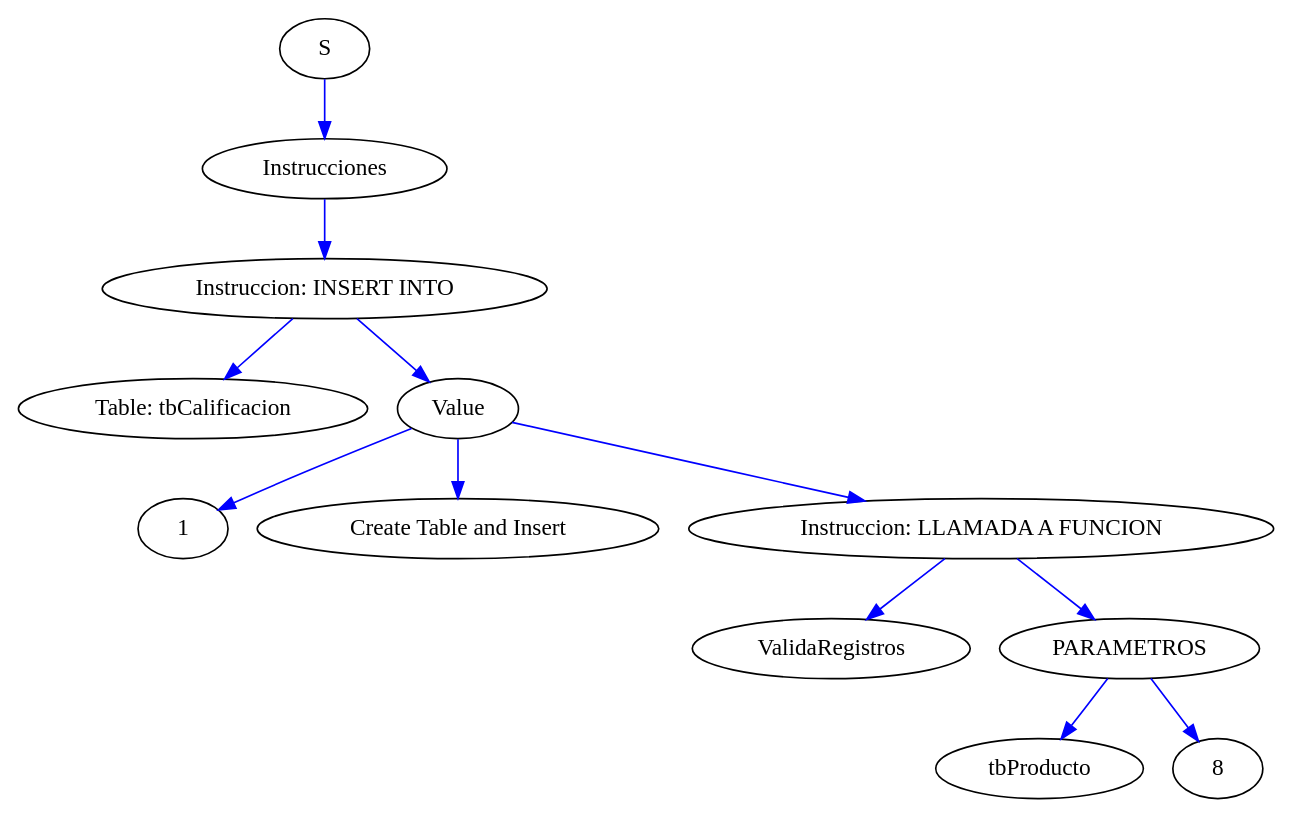
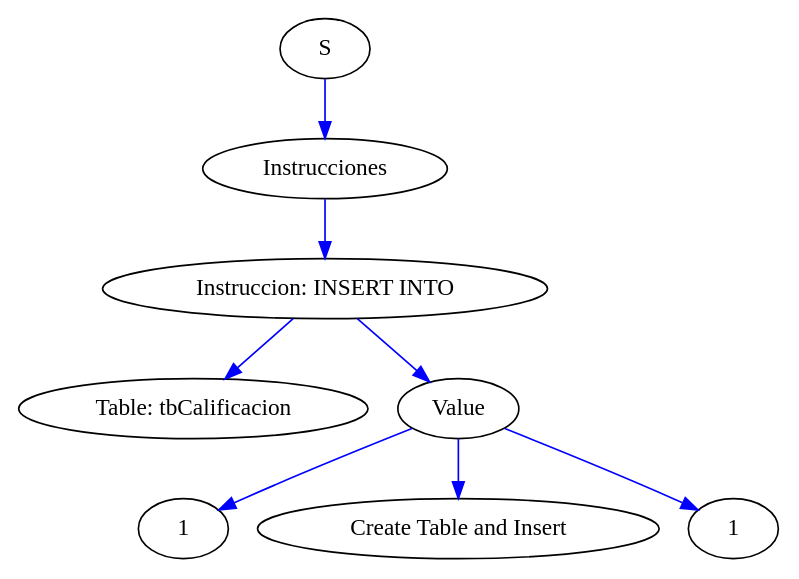
The diagram in parser/fase2/team21/interfaz/AST.dot (tytusdb/tytusdb), drawn with Graphviz before and after one commit. The commit also changed 33 other files, not shown here.

```diff
--- a/parser/fase2/team21/interfaz/AST.dot
+++ b/parser/fase2/team21/interfaz/AST.dot
@@ -1,26 +1,18 @@
 digraph G{
 edge [color=blue]; rankdir = TB;
 Nodo0[label="S"]
 Nodo1[label="Instrucciones"]
 Nodo0 -> Nodo1;
 Nodo2[label="Instruccion: INSERT INTO"]
 Nodo1 -> Nodo2;
 Nodo3[label="Table: tbCalificacion"]
 Nodo2 -> Nodo3;
 Nodo4[label="Value"]
 Nodo2 -> Nodo4;
 Nodo8[label="1"]
 Nodo4 -> Nodo8;
 Nodo16[label="Create Table and Insert"]
 Nodo4 -> Nodo16;
-Nodo32[label="Instruccion: LLAMADA A FUNCION"]
+Nodo32[label="1"]
 Nodo4 -> Nodo32;
-Nodo64[label="ValidaRegistros"]
-Nodo32 -> Nodo64;
-Nodo128[label="PARAMETROS"]
-Nodo32 -> Nodo128;
-Nodo256[label="tbProducto"]
-Nodo128 -> Nodo256;
-Nodo512[label="8"]
-Nodo128 -> Nodo512;
 }
```
